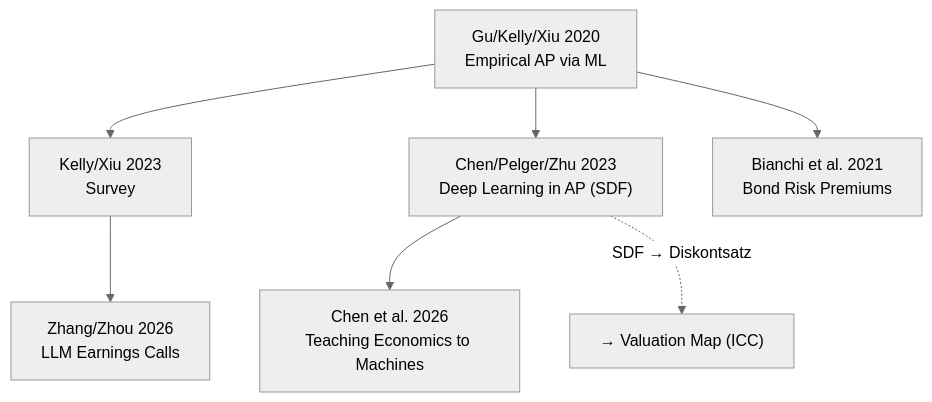
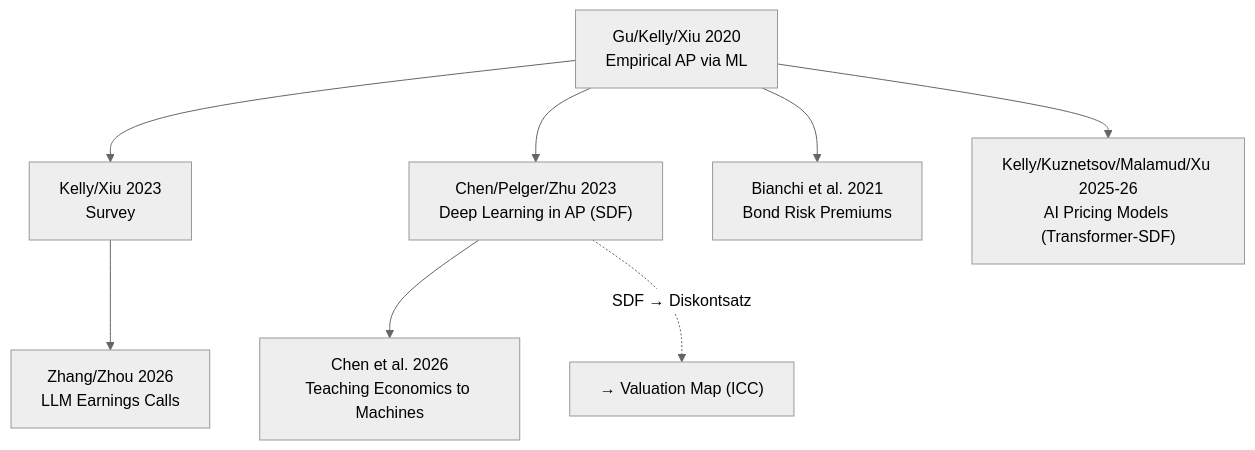
Before and after one commit to raulschalkwu/FinanceBenchmarking: the diagram in 12 Literature Maps/Asset Pricing Literature Map.md, drawn with Mermaid (neutral theme). The commit also changed other lines of this file and 3 other files, not shown here.

First line of the commit message:
Paper-Notiz zu AI Asset Pricing Models hinzufuegen; Vault-Autopilot-Regeln

````diff
--- a/12 Literature Maps/Asset Pricing Literature Map.md
+++ b/12 Literature Maps/Asset Pricing Literature Map.md
@@ -8,9 +8,10 @@
 ```mermaid
 graph TD
   GKX["Gu/Kelly/Xiu 2020<br>Empirical AP via ML"] --> KX["Kelly/Xiu 2023<br>Survey"]
   GKX --> CPZ["Chen/Pelger/Zhu 2023<br>Deep Learning in AP (SDF)"]
   CPZ --> TEM["Chen et al. 2026<br>Teaching Economics to Machines"]
   GKX --> BBT["Bianchi et al. 2021<br>Bond Risk Premiums"]
   KX --> ZZ["Zhang/Zhou 2026<br>LLM Earnings Calls"]
   CPZ -. "SDF → Diskontsatz" .-> ICC["→ Valuation Map (ICC)"]
+  GKX --> AIPM["Kelly/Kuznetsov/Malamud/Xu 2025-26<br>AI Pricing Models (Transformer-SDF)"]
 ```
````
